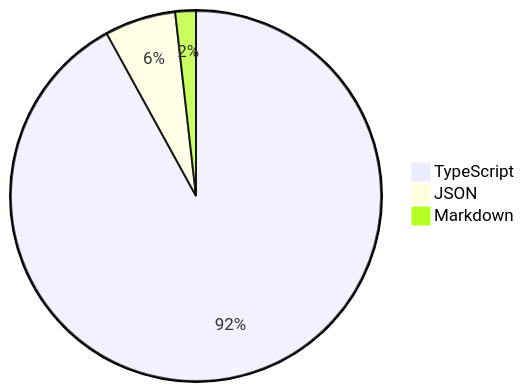
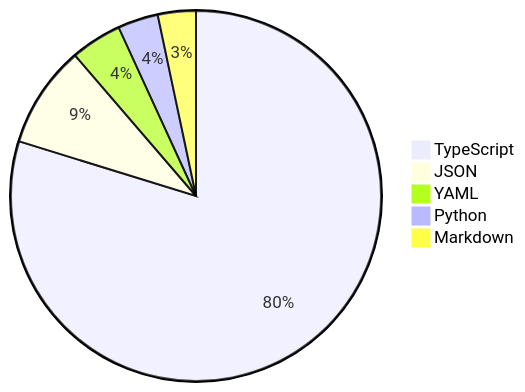
One commit to skvggor/skvggor changed the diagram in README.md. Above: the diagram before and after it, drawn with Mermaid.

Commit message:
Updated waka-readme graph with new metrics

````diff
--- a/README.md
+++ b/README.md
@@ -28,6 +28,8 @@
 ```mermaid
 pie
-    "TypeScript" : 92.0
-    "JSON" : 6.2
-    "Markdown" : 1.8
+    "TypeScript" : 76.9
+    "JSON" : 8.6
+    "YAML" : 4.3
+    "Python" : 3.4
+    "Markdown" : 3.2
 ```
````
